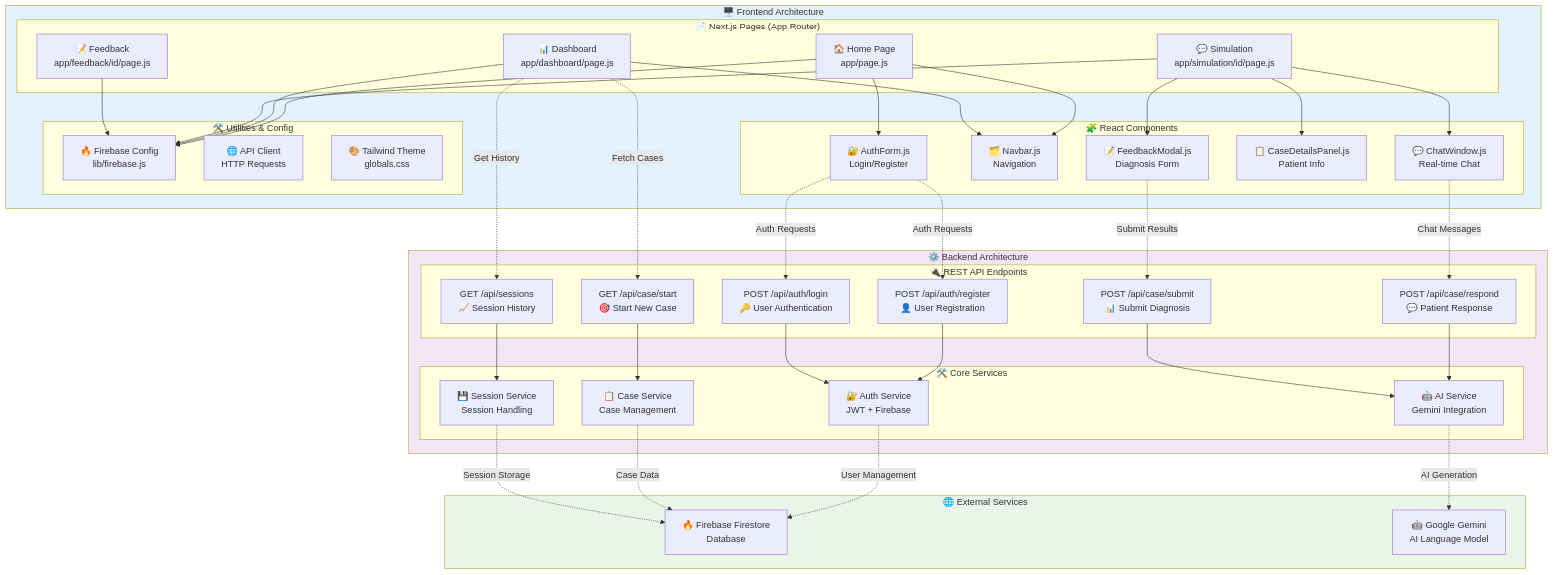
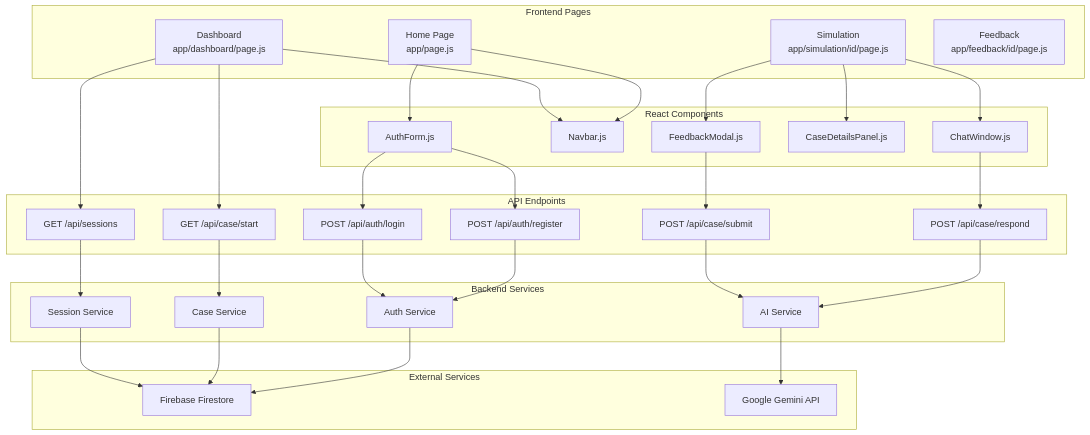
Before and after one commit to AnushtupGhosh5/Prognosis: the third of 3 diagrams in README.md, drawn with Mermaid. The commit also changed other lines of this file and 3 other files, not shown here.

````diff
--- a/README.md
+++ b/README.md
@@ -133,52 +90,41 @@
 ```mermaid
-graph TD
-    subgraph Frontend["🖥️ Frontend Architecture"]
-        subgraph Pages["📄 Next.js Pages (App Router)"]
-            A[🏠 Home Page<br/>app/page.js] 
-            B[📊 Dashboard<br/>app/dashboard/page.js]
-            C[💬 Simulation<br/>app/simulation/id/page.js]
-            D[📝 Feedback<br/>app/feedback/id/page.js]
-        end
-        
-        subgraph Components["🧩 React Components"]
-            E[🔐 AuthForm.js<br/>Login/Register]
-            F[🗂️ Navbar.js<br/>Navigation]
-            G[💬 ChatWindow.js<br/>Real-time Chat]
-            H[📋 CaseDetailsPanel.js<br/>Patient Info]
-            I[📝 FeedbackModal.js<br/>Diagnosis Form]
-        end
-        
-        subgraph Utils["🛠️ Utilities & Config"]
-            J[🔥 Firebase Config<br/>lib/firebase.js]
-            K[🌐 API Client<br/>HTTP Requests]
-            L[🎨 Tailwind Theme<br/>globals.css]
-        end
+flowchart TD
+    subgraph "Frontend Pages"
+        A["Home Page<br/>app/page.js"]
+        B["Dashboard<br/>app/dashboard/page.js"]
+        C["Simulation<br/>app/simulation/id/page.js"]
+        D["Feedback<br/>app/feedback/id/page.js"]
     end
     
-    subgraph Backend["⚙️ Backend Architecture"]
-        subgraph Endpoints["🔌 REST API Endpoints"]
-            M[POST /api/auth/register<br/>👤 User Registration]
-            N[POST /api/auth/login<br/>🔑 User Authentication]
-            O[GET /api/case/start<br/>🎯 Start New Case]
-            P[POST /api/case/respond<br/>💬 Patient Response]
-            Q[POST /api/case/submit<br/>📊 Submit Diagnosis]
-            R[GET /api/sessions<br/>📈 Session History]
-        end
-        
-        subgraph Services["🛠️ Core Services"]
-            S[🔐 Auth Service<br/>JWT + Firebase]
-            T[📋 Case Service<br/>Case Management]
-            U[💾 Session Service<br/>Session Handling]
-            V[🤖 AI Service<br/>Gemini Integration]
-        end
+    subgraph "React Components"
+        E["AuthForm.js"]
+        F["Navbar.js"]
+        G["ChatWindow.js"]
+        H["CaseDetailsPanel.js"]
+        I["FeedbackModal.js"]
     end
     
-    subgraph External["🌐 External Services"]
-        W[🔥 Firebase Firestore<br/>Database]
-        X[🤖 Google Gemini<br/>AI Language Model]
+    subgraph "API Endpoints"
+        M["POST /api/auth/register"]
+        N["POST /api/auth/login"]
+        O["GET /api/case/start"]
+        P["POST /api/case/respond"]
+        Q["POST /api/case/submit"]
+        R["GET /api/sessions"]
     end
     
-    %% Page to Component connections
+    subgraph "Backend Services"
+        S["Auth Service"]
+        T["Case Service"]
+        U["Session Service"]
+        V["AI Service"]
+    end
+    
+    subgraph "External Services"
+        W["Firebase Firestore"]
+        X["Google Gemini API"]
+    end
+    
     A --> E
     A --> F
     B --> F
@@ -186,15 +132,13 @@
     C --> H
     C --> I
     
-    %% Component to API connections
-    E -.->|Auth Requests| M
-    E -.->|Auth Requests| N
-    B -.->|Fetch Cases| O
-    B -.->|Get History| R
-    G -.->|Chat Messages| P
-    I -.->|Submit Results| Q
+    E --> M
+    E --> N
+    B --> O
+    B --> R
+    G --> P
+    I --> Q
     
-    %% Backend service connections
     M --> S
     N --> S
     O --> T
@@ -202,19 +146,8 @@
     Q --> V
     R --> U
     
-    %% External service connections
-    S -.->|User Management| W
-    T -.->|Case Data| W
-    U -.->|Session Storage| W
-    V -.->|AI Generation| X
-    
-    %% Shared utilities
-    A --> J
-    B --> J
-    C --> J
-    D --> J
-    
-    style Frontend fill:#e3f2fd
-    style Backend fill:#f3e5f5
-    style External fill:#e8f5e8
+    S --> W
+    T --> W
+    U --> W
+    V --> X
 ```
````
